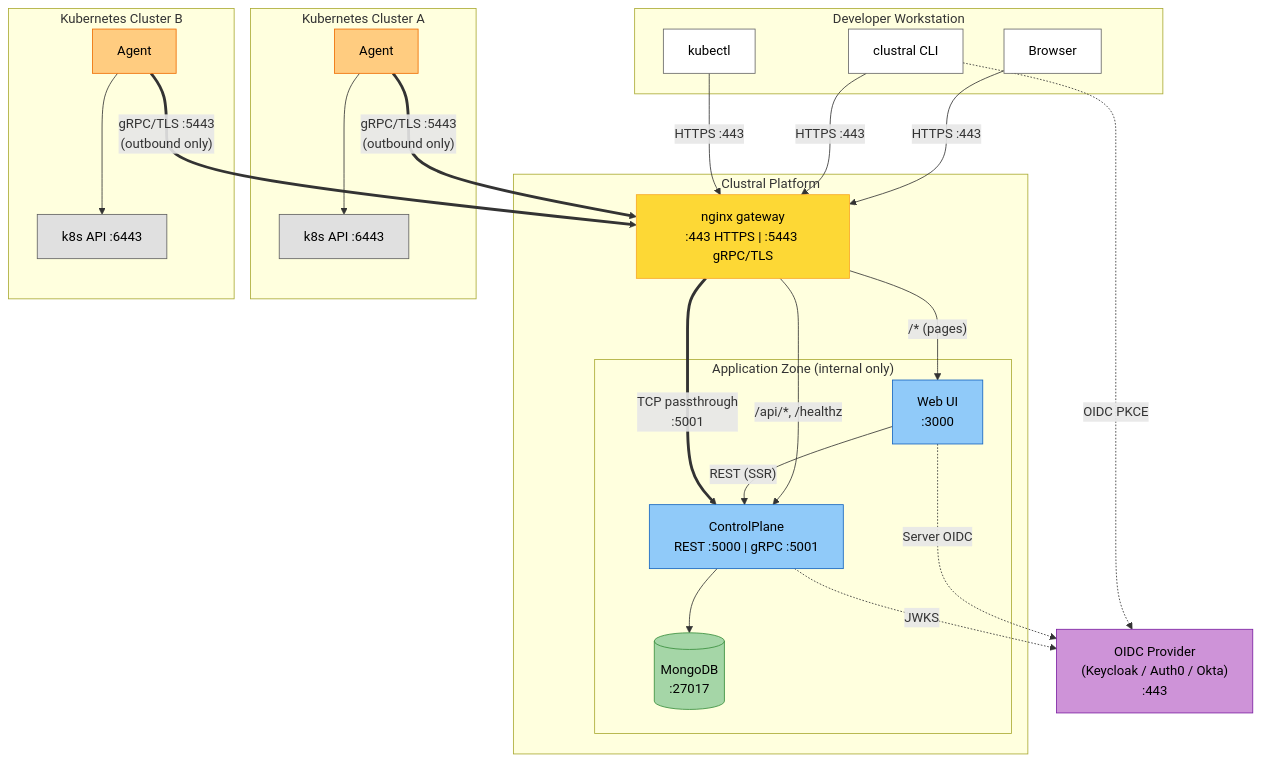
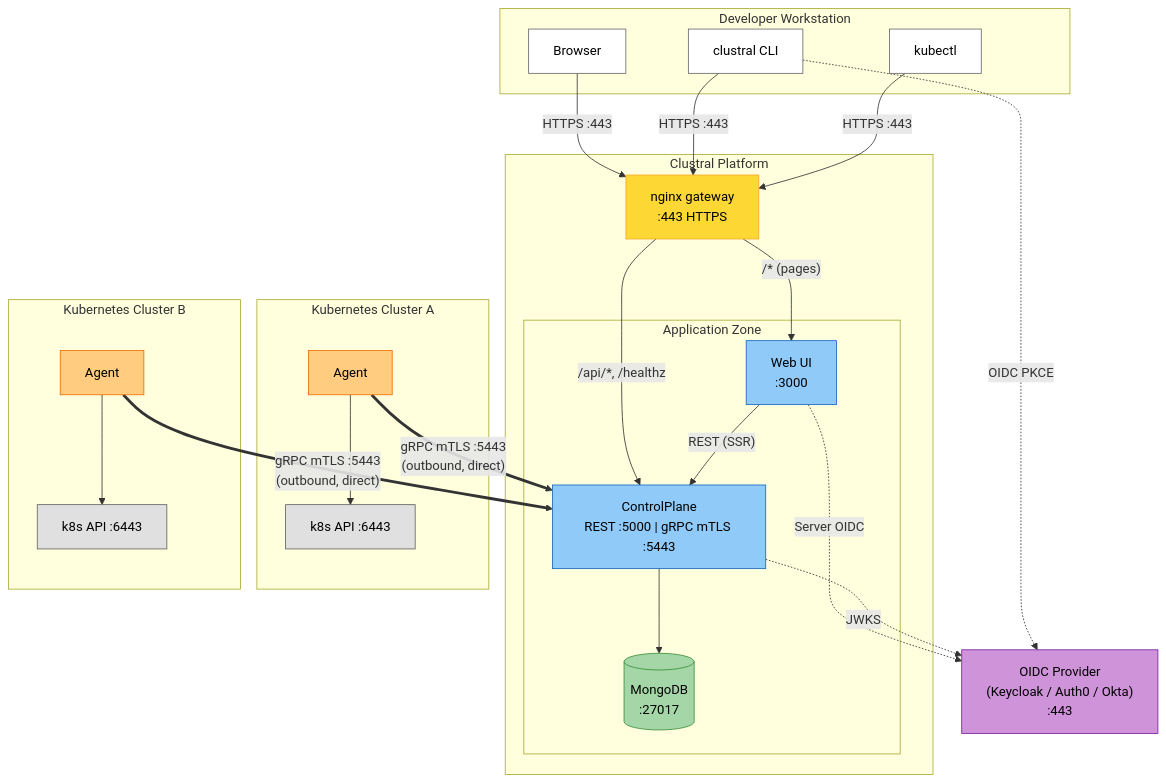
The seventh of 10 diagrams in README.md (Clustral/clustral), drawn with Mermaid before and after one commit. The commit also changed other lines of this file and 38 other files, not shown here.

First line of the commit message:
feat: mTLS + JWT authentication for agent-ControlPlane gRPC tunnel

````diff
--- a/README.md
+++ b/README.md
@@ -207,61 +239,60 @@
 ```mermaid
 flowchart TB
     subgraph clients ["Developer Workstation"]
         BROWSER["Browser"]
         CLI["clustral CLI"]
         KUBECTL["kubectl"]
     end
 
     OIDC["OIDC Provider\n(Keycloak / Auth0 / Okta)\n:443"]
 
     subgraph platform ["Clustral Platform"]
-        NGX["nginx gateway\n:443 HTTPS | :5443 gRPC/TLS"]
+        NGX["nginx gateway\n:443 HTTPS"]
 
-        subgraph app ["Application Zone (internal only)"]
+        subgraph app ["Application Zone"]
             WEB["Web UI\n:3000"]
-            CP["ControlPlane\nREST :5000 | gRPC :5001"]
+            CP["ControlPlane\nREST :5000 | gRPC mTLS :5443"]
             DB[("MongoDB\n:27017")]
         end
     end
 
     subgraph cluster_a ["Kubernetes Cluster A"]
         AGENT_A["Agent"]
         K8S_A["k8s API :6443"]
     end
 
     subgraph cluster_b ["Kubernetes Cluster B"]
         AGENT_B["Agent"]
         K8S_B["k8s API :6443"]
     end
 
     BROWSER -- "HTTPS :443" --> NGX
     CLI -- "HTTPS :443" --> NGX
     KUBECTL -- "HTTPS :443" --> NGX
     NGX -- "/api/*, /healthz" --> CP
     NGX -- "/* (pages)" --> WEB
     WEB -- "REST (SSR)" --> CP
     CP --> DB
 
     CLI -. "OIDC PKCE" .-> OIDC
     WEB -. "Server OIDC" .-> OIDC
     CP -. "JWKS" .-> OIDC
 
-    AGENT_A == "gRPC/TLS :5443\n(outbound only)" ==> NGX
-    AGENT_B == "gRPC/TLS :5443\n(outbound only)" ==> NGX
-    NGX == "TCP passthrough\n:5001" ==> CP
+    AGENT_A == "gRPC mTLS :5443\n(outbound, direct)" ==> CP
+    AGENT_B == "gRPC mTLS :5443\n(outbound, direct)" ==> CP
     AGENT_A --> K8S_A
     AGENT_B --> K8S_B
 
     style NGX fill:#fdd835,stroke:#f9a825,color:#000
     style OIDC fill:#ce93d8,stroke:#7b1fa2,color:#000
     style DB fill:#a5d6a7,stroke:#388e3c,color:#000
     style CP fill:#90caf9,stroke:#1565c0,color:#000
     style WEB fill:#90caf9,stroke:#1565c0,color:#000
     style AGENT_A fill:#ffcc80,stroke:#ef6c00,color:#000
     style AGENT_B fill:#ffcc80,stroke:#ef6c00,color:#000
     style K8S_A fill:#e0e0e0,stroke:#616161,color:#000
     style K8S_B fill:#e0e0e0,stroke:#616161,color:#000
     style BROWSER fill:#fff,stroke:#666,color:#000
     style CLI fill:#fff,stroke:#666,color:#000
     style KUBECTL fill:#fff,stroke:#666,color:#000
 ```
````
